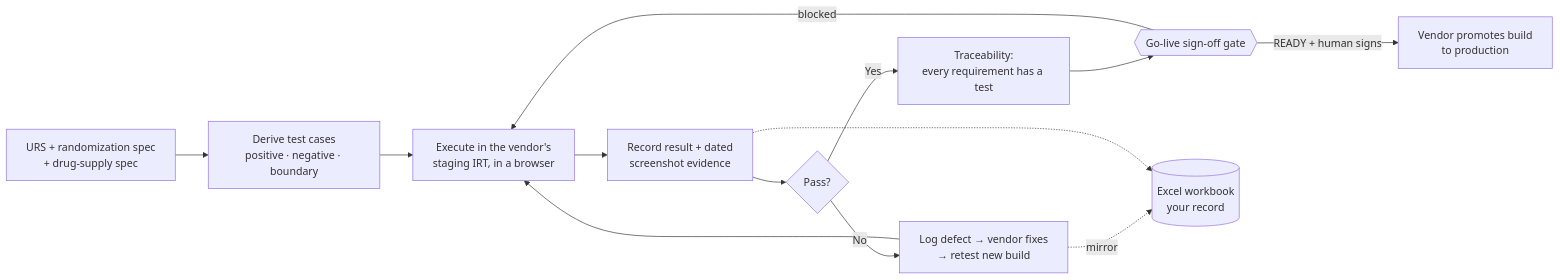
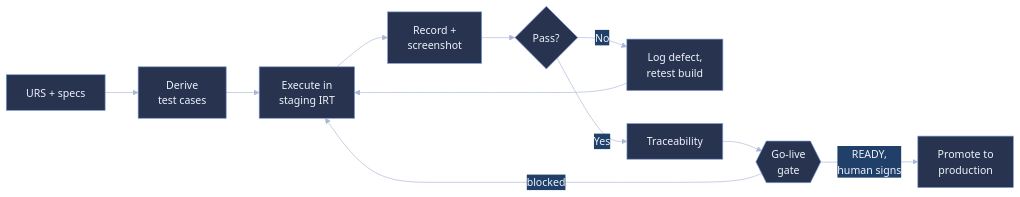
One commit to patrickiben/biometrics-ai-portfolio changed the first of 2 diagrams in uat_irt/quarto/uat-guide.qmd. Above: the diagram before and after it, drawn with Mermaid. The commit also changed other lines of this file and 45 other files, not shown here.

````diff
--- a/uat_irt/quarto/uat-guide.qmd
+++ b/uat_irt/quarto/uat-guide.qmd
@@ -40,15 +48,10 @@
 ```{mermaid}
+%%{init: {'theme':'base','themeVariables':{'primaryColor':'#28344f','primaryTextColor':'#eef2fb','primaryBorderColor':'#7d9bd6','lineColor':'#aab8d6','tertiaryColor':'#20406a','tertiaryTextColor':'#eef2fb','tertiaryBorderColor':'#7d9bd6','secondaryColor':'#20406a','secondaryTextColor':'#eef2fb'}}}%%
 flowchart LR
-  URS[URS + randomization spec<br/>+ drug-supply spec] --> TC[Derive test cases<br/>positive · negative · boundary]
-  TC --> EX[Execute in the vendor's<br/>staging IRT, in a browser]
-  EX --> REC[Record result + dated<br/>screenshot evidence]
-  REC --> DEC{Pass?}
-  DEC -->|No| DEF[Log defect → vendor fixes<br/>→ retest new build]
-  DEF --> EX
-  DEC -->|Yes| TR[Traceability:<br/>every requirement has a test]
-  TR --> GATE{{Go-live sign-off gate}}
-  GATE -->|READY + human signs| PROD[Vendor promotes build<br/>to production]
+  URS["URS + specs"] --> TC["Derive<br/>test cases"] --> EX["Execute in<br/>staging IRT"]
+  EX --> REC["Record +<br/>screenshot"] --> DEC{"Pass?"}
+  DEC -->|No| DEF["Log defect,<br/>retest build"] --> EX
+  DEC -->|Yes| TR["Traceability"] --> GATE{{"Go-live<br/>gate"}}
+  GATE -->|"READY,<br/>human signs"| PROD["Promote to<br/>production"]
   GATE -->|blocked| EX
-  DEF -.mirror.-> LOG[(Excel workbook<br/>your record)]
-  REC -.-> LOG
 ```
````
